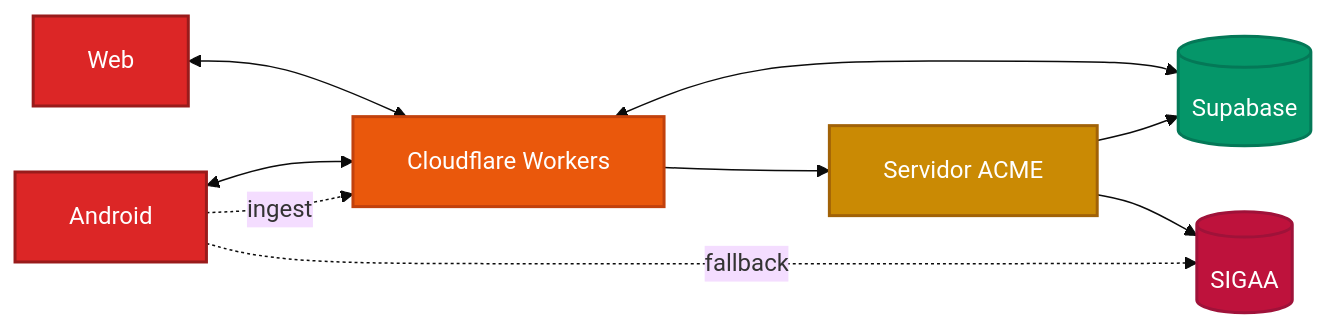
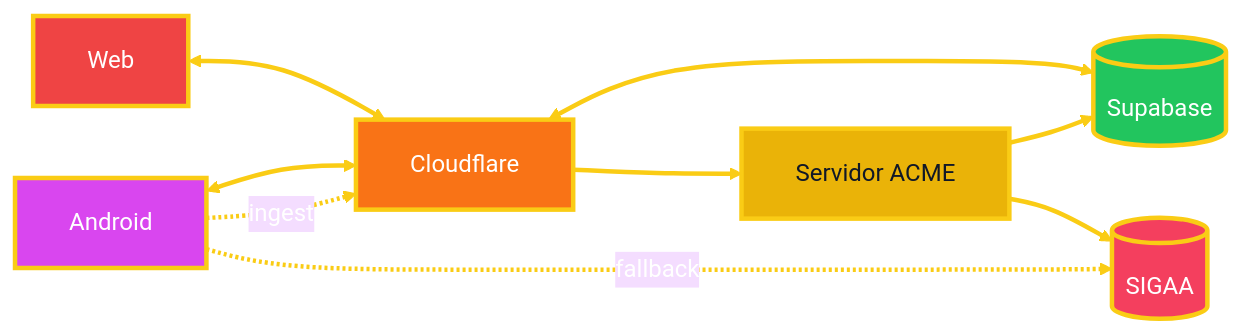
The first of 5 diagrams in README.md (KairoHenrique/CEFET-Academic-Planner), drawn with Mermaid before and after one commit. The commit also changed other lines of this file, not shown here.

Commit message:
docs: indice em 2 colunas e Mermaid com linhas amarelas no dark

````diff
--- a/README.md
+++ b/README.md
@@ -115,31 +127,35 @@
 ```mermaid
-%%{init: {"theme": "base", "themeVariables": {"fontSize": "16px", "fontFamily": "Inter, Segoe UI, sans-serif"}, "flowchart": {"curve": "basis", "padding": 18, "nodeSpacing": 44, "rankSpacing": 54}}}%%
+%%{init: {"theme": "base", "themeVariables": {"fontSize": "16px", "lineColor": "#FACC15", "primaryTextColor": "#FFFFFF"}, "flowchart": {"curve": "basis", "padding": 18, "nodeSpacing": 48, "rankSpacing": 56}}}%%
 flowchart LR
   WEB[Web]
   MOB[Android]
-  CF[Cloudflare Workers]
+  CF[Cloudflare]
   SB[(Supabase)]
   ACME[Servidor ACME]
   SIGAA[(SIGAA)]
 
   WEB <--> CF
   MOB <--> CF
   CF <--> SB
   CF --> ACME
   ACME --> SIGAA
   ACME --> SB
   MOB -.->|fallback| SIGAA
   MOB -.->|ingest| CF
 
-  classDef client fill:#DC2626,stroke:#991B1B,color:#FFFFFF,stroke-width:2px
-  classDef edge fill:#EA580C,stroke:#C2410C,color:#FFFFFF,stroke-width:2px
-  classDef data fill:#059669,stroke:#047857,color:#FFFFFF,stroke-width:2px
-  classDef home fill:#CA8A04,stroke:#A16207,color:#FFFFFF,stroke-width:2px
-  classDef ext fill:#BE123C,stroke:#9F1239,color:#FFFFFF,stroke-width:2px
+  classDef web fill:#EF4444,stroke:#FACC15,color:#FFFFFF,stroke-width:3px
+  classDef mob fill:#D946EF,stroke:#FACC15,color:#FFFFFF,stroke-width:3px
+  classDef cf fill:#F97316,stroke:#FACC15,color:#FFFFFF,stroke-width:3px
+  classDef sb fill:#22C55E,stroke:#FACC15,color:#FFFFFF,stroke-width:3px
+  classDef acme fill:#EAB308,stroke:#FACC15,color:#111827,stroke-width:3px
+  classDef sig fill:#F43F5E,stroke:#FACC15,color:#FFFFFF,stroke-width:3px
 
-  class WEB,MOB client
-  class CF edge
-  class SB data
-  class ACME home
-  class SIGAA ext
+  class WEB web
+  class MOB mob
+  class CF cf
+  class SB sb
+  class ACME acme
+  class SIGAA sig
+
+  linkStyle default stroke:#FACC15,stroke-width:3px
 ```
````
